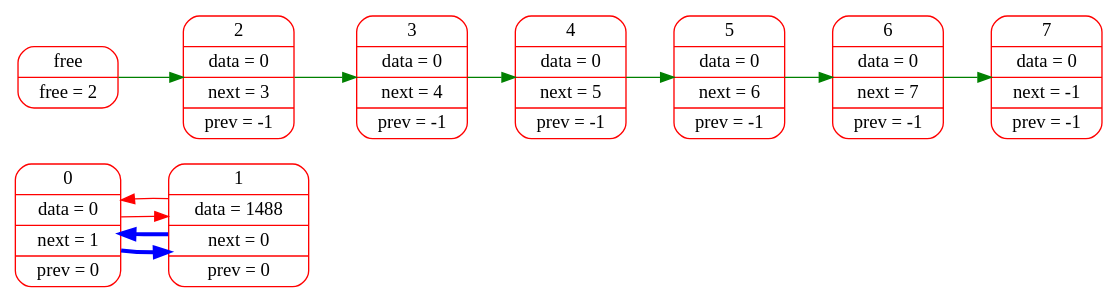
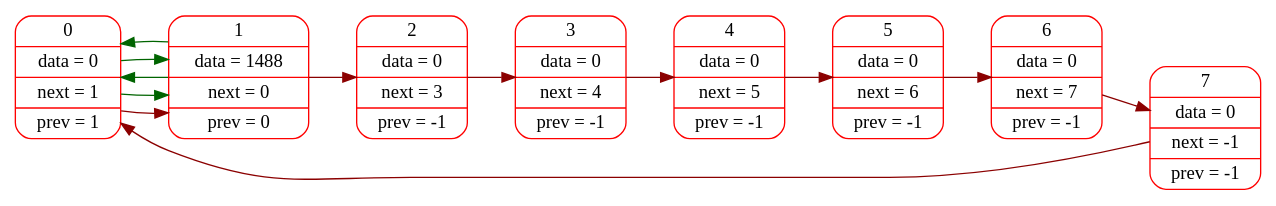
One commit to sevaphasol/list changed the diagram in logs/dot_files/001.dot. Above: the diagram before and after it, drawn with Graphviz. The commit also changed 19 other files, not shown here.

Commit message:
fixed graphviz next and prev, variant with weights

```diff
--- a/logs/dot_files/001.dot
+++ b/logs/dot_files/001.dot
@@ -1,18 +1,18 @@
 digraph G{
 rankdir=LR;
 node[color="red",fontsize=14];
-edge[color="blue",fontsize=12, penwidth=3];
-elem0[shape="Mrecord", label="0 | data = 0 | next = 1 | prev = 0"];
+elem0[shape="Mrecord", label="0 | data = 0 | next = 1 | prev = 1"];
 elem1[shape="Mrecord", label="1 | data = 1488 | next = 0 | prev = 0"];
-elem0->elem1->elem0;
-edge[color="red",fontsize=12, penwidth=1];
-elem0->elem1->elem0;edge[color="green",fontsize=12, penwidth=1];
-free[shape="Mrecord", label="free | free = 2"];
 elem2[shape="Mrecord", label="2 | data = 0 | next = 3 | prev = -1"];
 elem3[shape="Mrecord", label="3 | data = 0 | next = 4 | prev = -1"];
 elem4[shape="Mrecord", label="4 | data = 0 | next = 5 | prev = -1"];
 elem5[shape="Mrecord", label="5 | data = 0 | next = 6 | prev = -1"];
 elem6[shape="Mrecord", label="6 | data = 0 | next = 7 | prev = -1"];
 elem7[shape="Mrecord", label="7 | data = 0 | next = -1 | prev = -1"];
-free->elem2->elem3->elem4->elem5->elem6->elem7;
+edge[color="darkred",fontsize=12, penwidth=1, weight=1000];
+elem0->elem1->elem2->elem3->elem4->elem5->elem6->elem7->elem0;
+edge[color="darkgreen",fontsize=12, penwidth=1];
+elem0->elem1->elem0;
+edge[color="darkgreen",fontsize=12, penwidth=1];
+elem0->elem1->elem0;
 }
```
